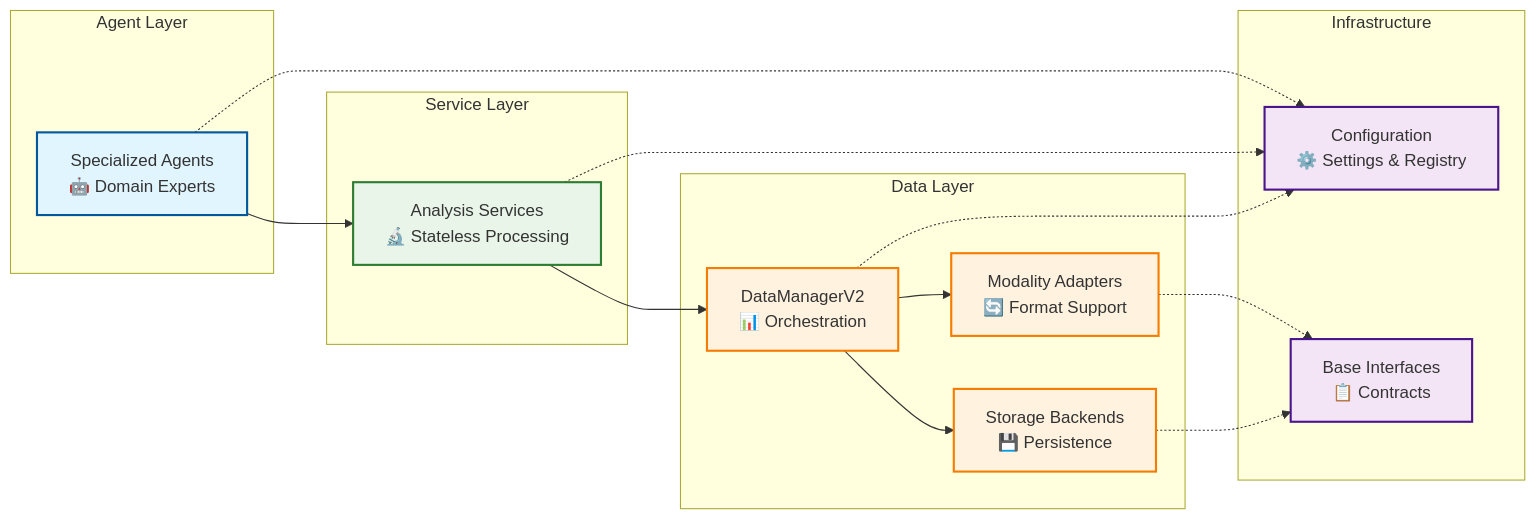
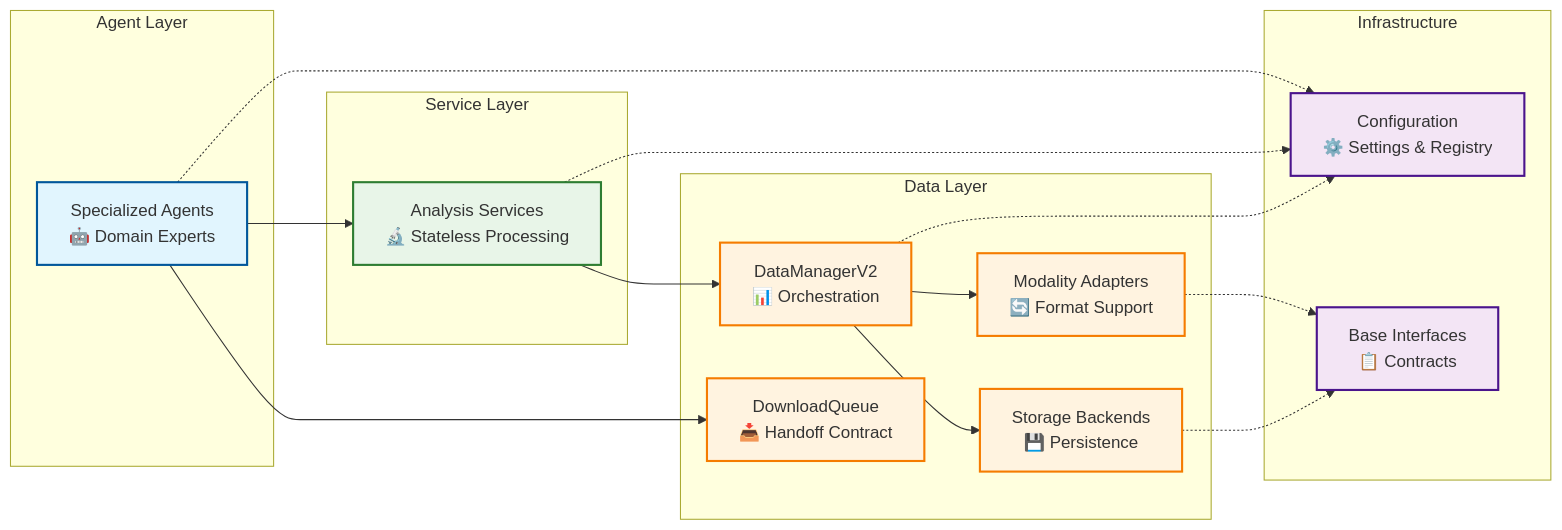
Before and after one commit to the-omics-os/lobster: the sixth of 7 diagrams in wiki/18-architecture-overview.md, drawn with Mermaid. The commit also changed other lines of this file and 7 other files, not shown here.

````diff
--- a/wiki/18-architecture-overview.md
+++ b/wiki/18-architecture-overview.md
@@ -519,43 +691,45 @@
 ```mermaid
 graph LR
     subgraph "Agent Layer"
         AGENTS[Specialized Agents<br/>🤖 Domain Experts]
     end
 
     subgraph "Service Layer"
         SERVICES[Analysis Services<br/>🔬 Stateless Processing]
     end
 
     subgraph "Data Layer"
         DM[DataManagerV2<br/>📊 Orchestration]
+        QUEUE[DownloadQueue<br/>📥 Handoff Contract]
         ADAPTERS[Modality Adapters<br/>🔄 Format Support]
         BACKENDS[Storage Backends<br/>💾 Persistence]
     end
 
     subgraph "Infrastructure"
         CONFIG[Configuration<br/>⚙️ Settings & Registry]
         INTERFACES[Base Interfaces<br/>📋 Contracts]
     end
 
     AGENTS --> SERVICES
+    AGENTS --> QUEUE
     SERVICES --> DM
     DM --> ADAPTERS
     DM --> BACKENDS
 
     AGENTS -.-> CONFIG
     SERVICES -.-> CONFIG
     DM -.-> CONFIG
 
     ADAPTERS -.-> INTERFACES
     BACKENDS -.-> INTERFACES
 
     classDef agent fill:#e1f5fe,stroke:#01579b,stroke-width:2px
     classDef service fill:#e8f5e8,stroke:#2e7d32,stroke-width:2px
     classDef data fill:#fff3e0,stroke:#f57c00,stroke-width:2px
     classDef infra fill:#f3e5f5,stroke:#4a148c,stroke-width:2px
 
     class AGENTS agent
     class SERVICES service
-    class DM,ADAPTERS,BACKENDS data
+    class DM,QUEUE,ADAPTERS,BACKENDS data
     class CONFIG,INTERFACES infra
 ```
````
